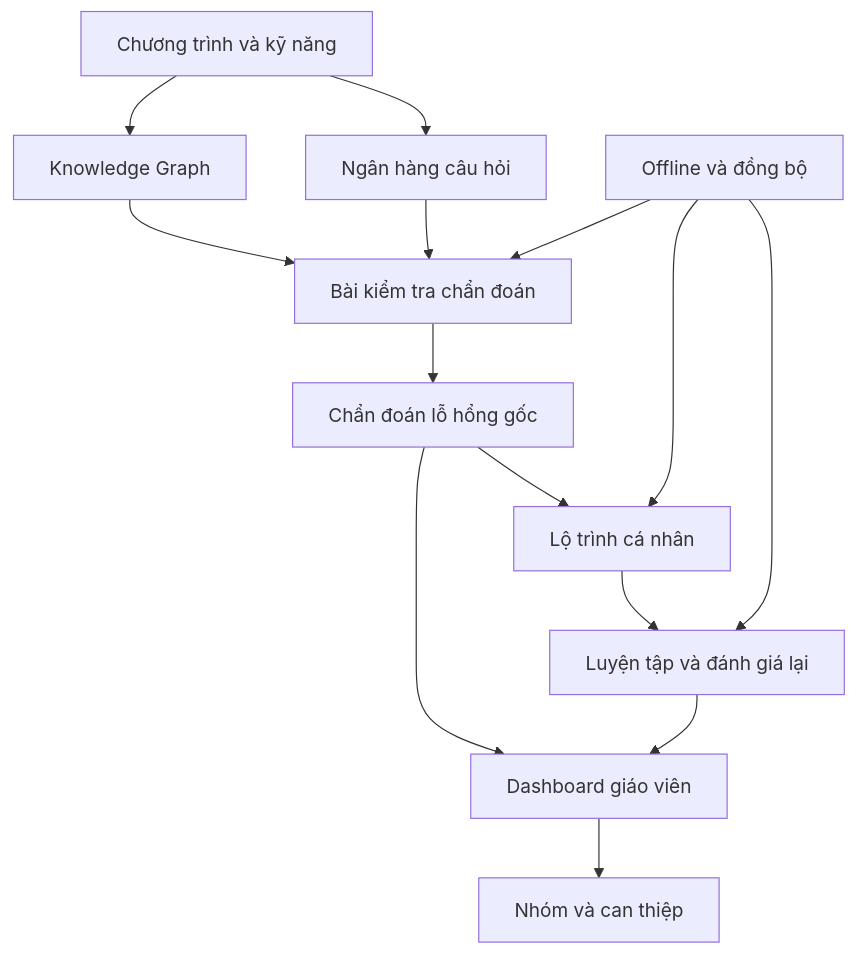
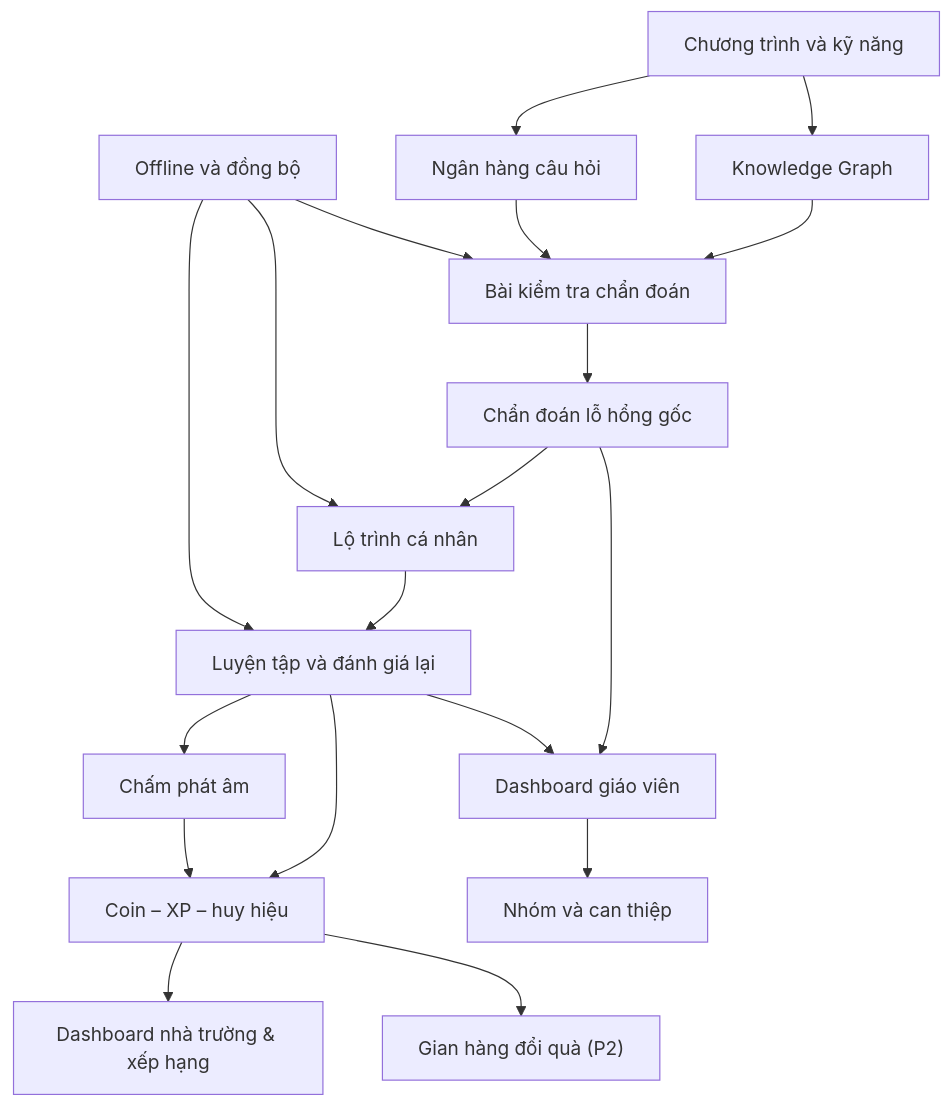
The diagram in docs/PLAN.md (dam-cong/v-nexus), drawn with Mermaid before and after one commit. The commit also changed other lines of this file and 4 other files, not shown here.

````diff
--- a/docs/PLAN.md
+++ b/docs/PLAN.md
@@ -1101,16 +1283,21 @@
 ```mermaid
 flowchart TD
     A["Chương trình và kỹ năng"] --> B["Knowledge Graph"]
     A --> C["Ngân hàng câu hỏi"]
     B --> D["Bài kiểm tra chẩn đoán"]
     C --> D
     D --> E["Chẩn đoán lỗ hổng gốc"]
     E --> F["Lộ trình cá nhân"]
     F --> G["Luyện tập và đánh giá lại"]
+    G --> K["Chấm phát âm"]
+    G --> L["Coin – XP – huy hiệu"]
+    K --> L
     E --> H["Dashboard giáo viên"]
     G --> H
     H --> I["Nhóm và can thiệp"]
+    L --> M["Dashboard nhà trường & xếp hạng"]
+    L --> N["Gian hàng đổi quà (P2)"]
     J["Offline và đồng bộ"] --> D
     J --> F
     J --> G
 ```
````
